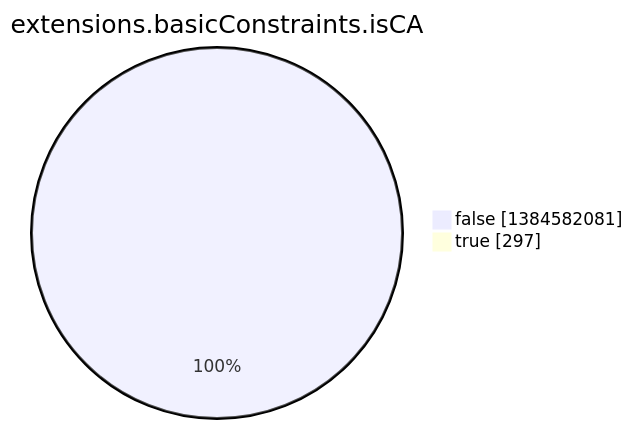
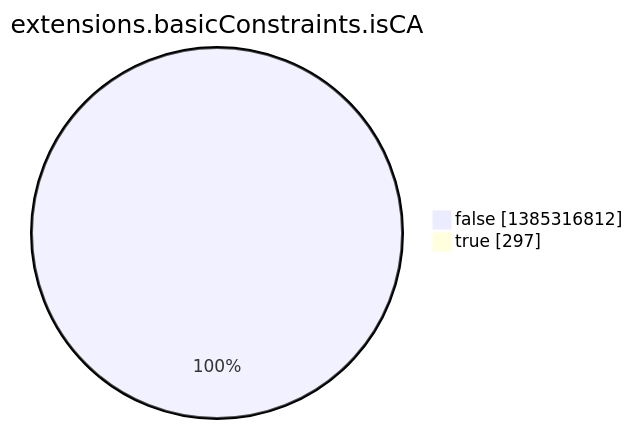
One commit to christiankrug/ctmonitor_visualization changed the eighth of 15 diagrams in argon2022/README.md. Above: the diagram before and after it, drawn with Mermaid. The commit also changed other lines of this file, not shown here.

````diff
--- a/argon2022/README.md
+++ b/argon2022/README.md
@@ -2759,6 +2759,6 @@
 ```mermaid
 pie showData
 title extensions.basicConstraints.isCA
-"false" :1384582081
+"false" :1385316812
 "true" :297
 ```
````
